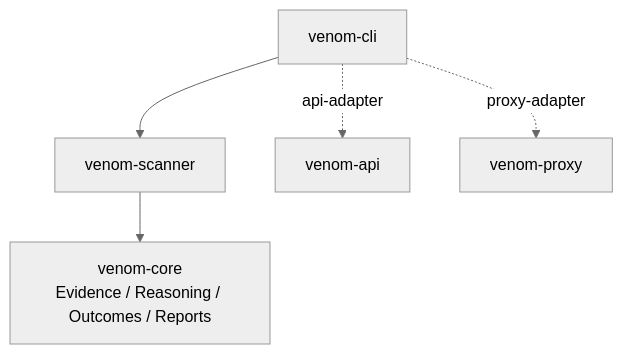
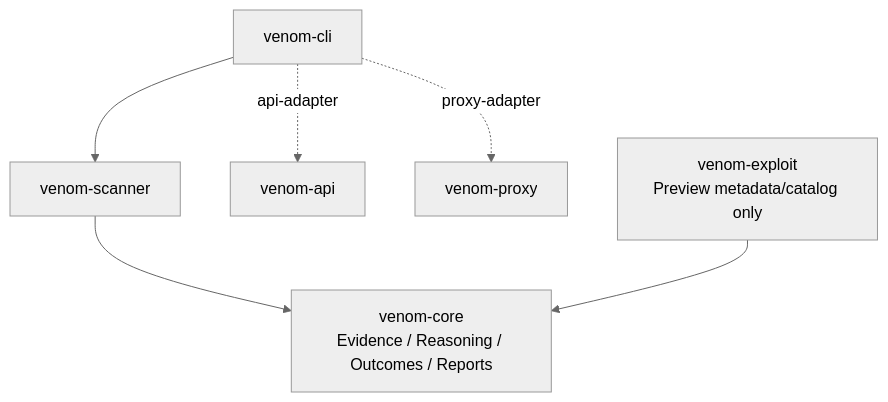
One commit to ITherso/termivar changed the first of 4 diagrams in docs/architecture.md. Above: the diagram before and after it, drawn with Mermaid (neutral theme). The commit also changed other lines of this file and 31 other files, not shown here.

Commit message:
feat(exploit): add manifest catalog foundation

````diff
--- a/docs/architecture.md
+++ b/docs/architecture.md
@@ -28,7 +29,8 @@
 ```mermaid
 flowchart TD
     CLI[venom-cli] --> Scanner[venom-scanner]
     CLI -. "api-adapter" .-> API[venom-api]
     CLI -. "proxy-adapter" .-> Proxy[venom-proxy]
     Scanner --> Core["venom-core<br/>Evidence / Reasoning / Outcomes / Reports"]
+    Exploit["venom-exploit<br/>Preview metadata/catalog only"] --> Core
 ```
````
